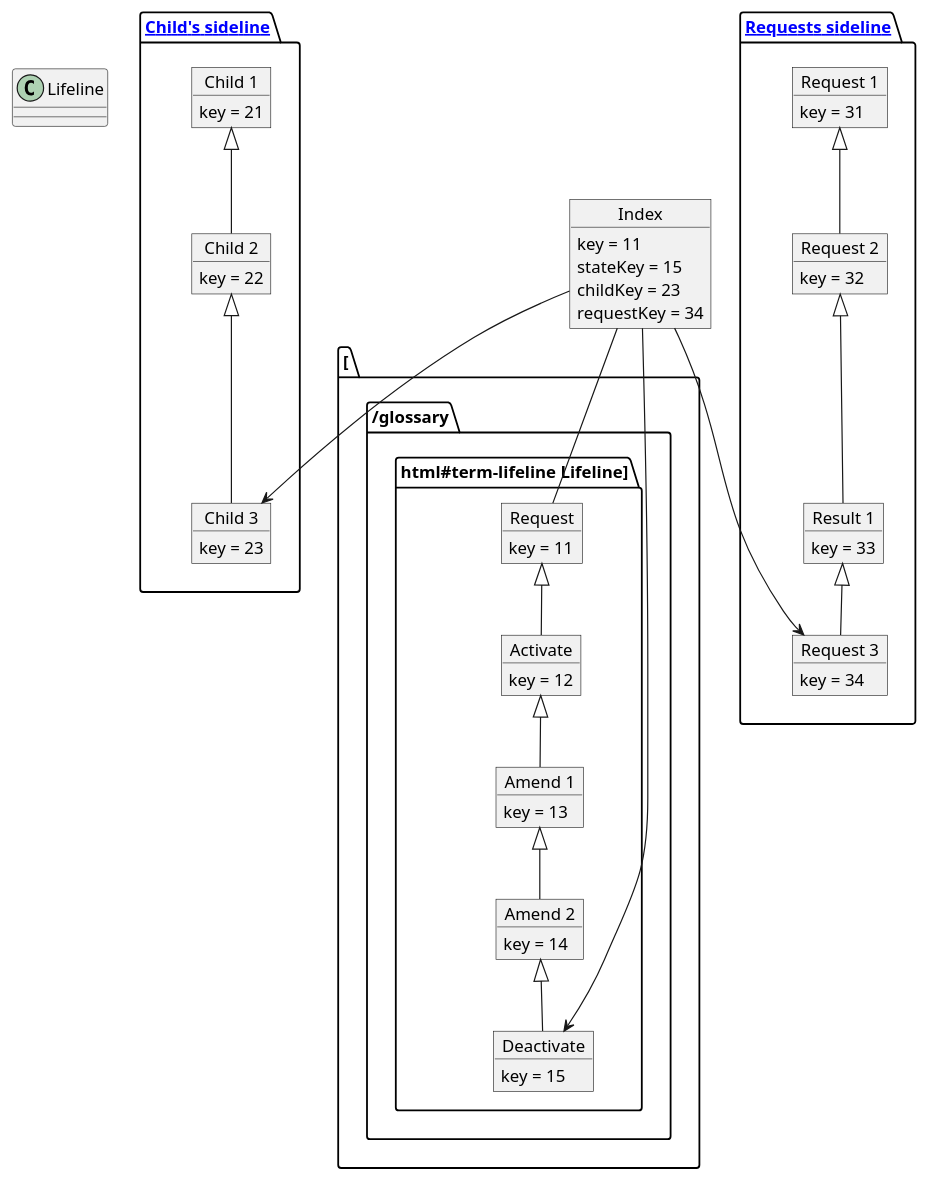
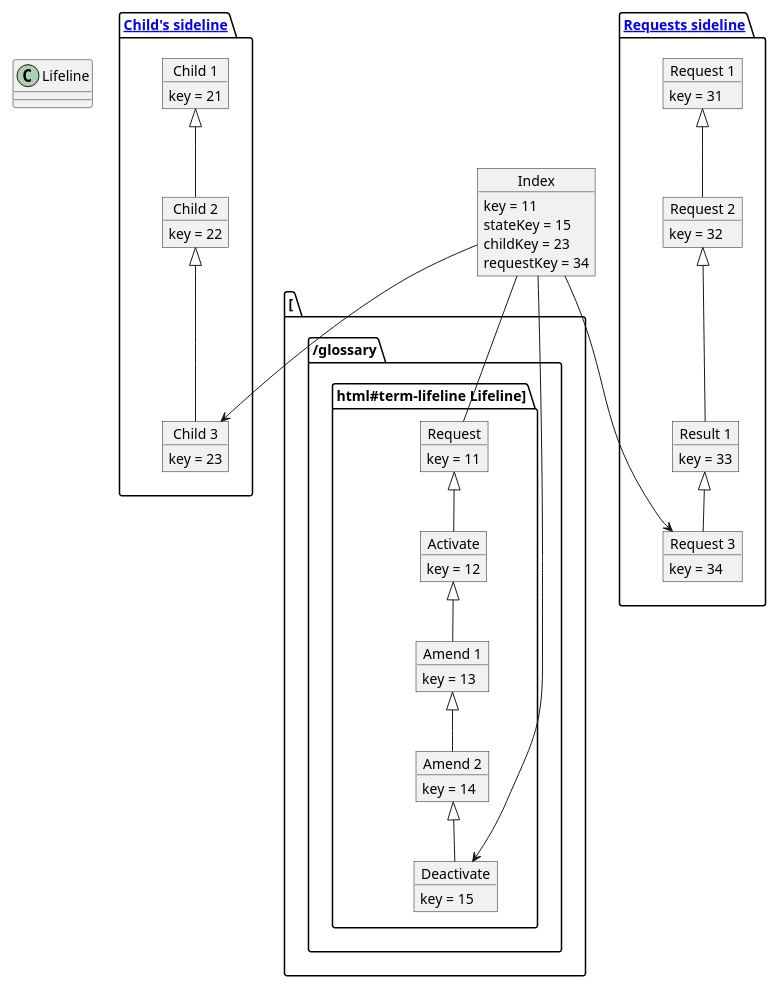
One commit to sofiayem/rtd-doc-tests changed the third of 3 diagrams in docs/source/architecture.rst. Above: the diagram before and after it, drawn with PlantUML. The commit also changed other lines of this file, not shown here.

Commit message:
scale test

```diff
--- a/docs/source/architecture.rst
+++ b/docs/source/architecture.rst
@@ -615,63 +616,64 @@
 .. uml::
 
+   scale 5/6
    package "[[../glossary.html#term-lifeline Lifeline]]" {
       object Request
       object Activate
       object "Amend 1" as Amend1
       object "Amend 2" as Amend2
       object Deactivate
    }
    object Index
 
    Amend2 <|-- Deactivate
    Amend1 <|-- Amend2
    Activate <|-- Amend1
    Request <|-- Activate
 
    package "[[../glossary.html#term-sideline Child's sideline]]" as chsl {
       object "Child 1" as Child1
       object "Child 2" as Child2
       object "Child 3" as Child3
    }
 
    Child1 <|-- Child2
    Child2 <|-- Child3
 
    package "[[../glossary.html#term-sideline Requests sideline]]" as rsl {
       object "Request 1" as Req1
       object "Request 2" as Req2
       object "Result 1" as Res1
       object "Request 3" as Req3
    }
 
    Req1 <|-- Req2
    Req2 <|-- Res1
    Res1 <|-- Req3
 
    Request : key = 11
    Activate : key = 12
    Amend1 : key = 13
    Amend2 : key = 14
    Deactivate : key = 15
 
    Child1 : key = 21
    Child2 : key = 22
    Child3 : key = 23
 
    Req1 : key = 31
    Req2 : key = 32
    Res1 : key = 33
    Req3 : key = 34
 
    Index : key = 11
    Index : stateKey = 15
    Index : childKey = 23
    Index : requestKey = 34
 
    Index -- Request
    Index --> Deactivate
    Index --> Child3
    Index --> Req3
    Lifeline -[hidden]r- chsl
    chsl -[hidden]r- rsl
    rsl  -[hidden]r- Index
```
